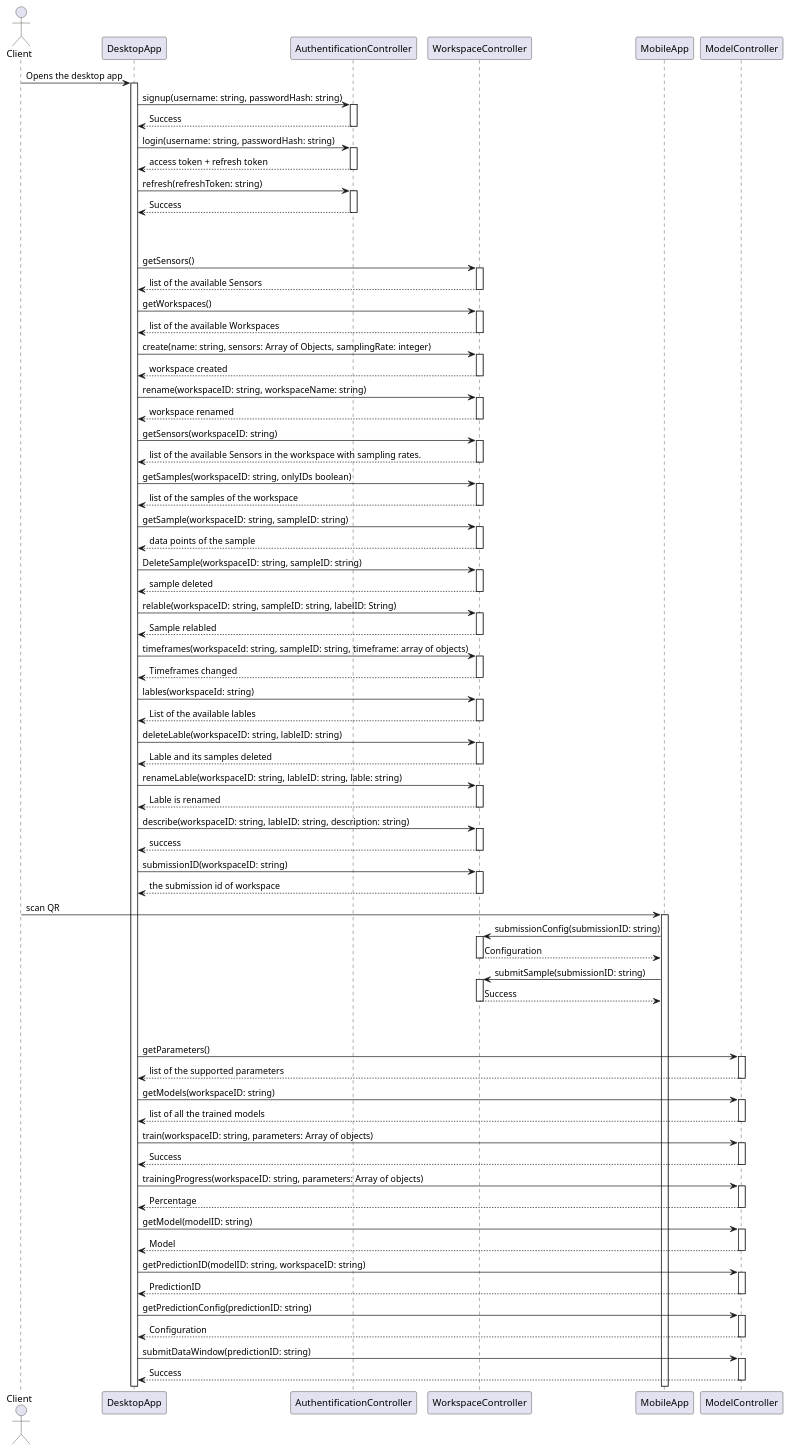
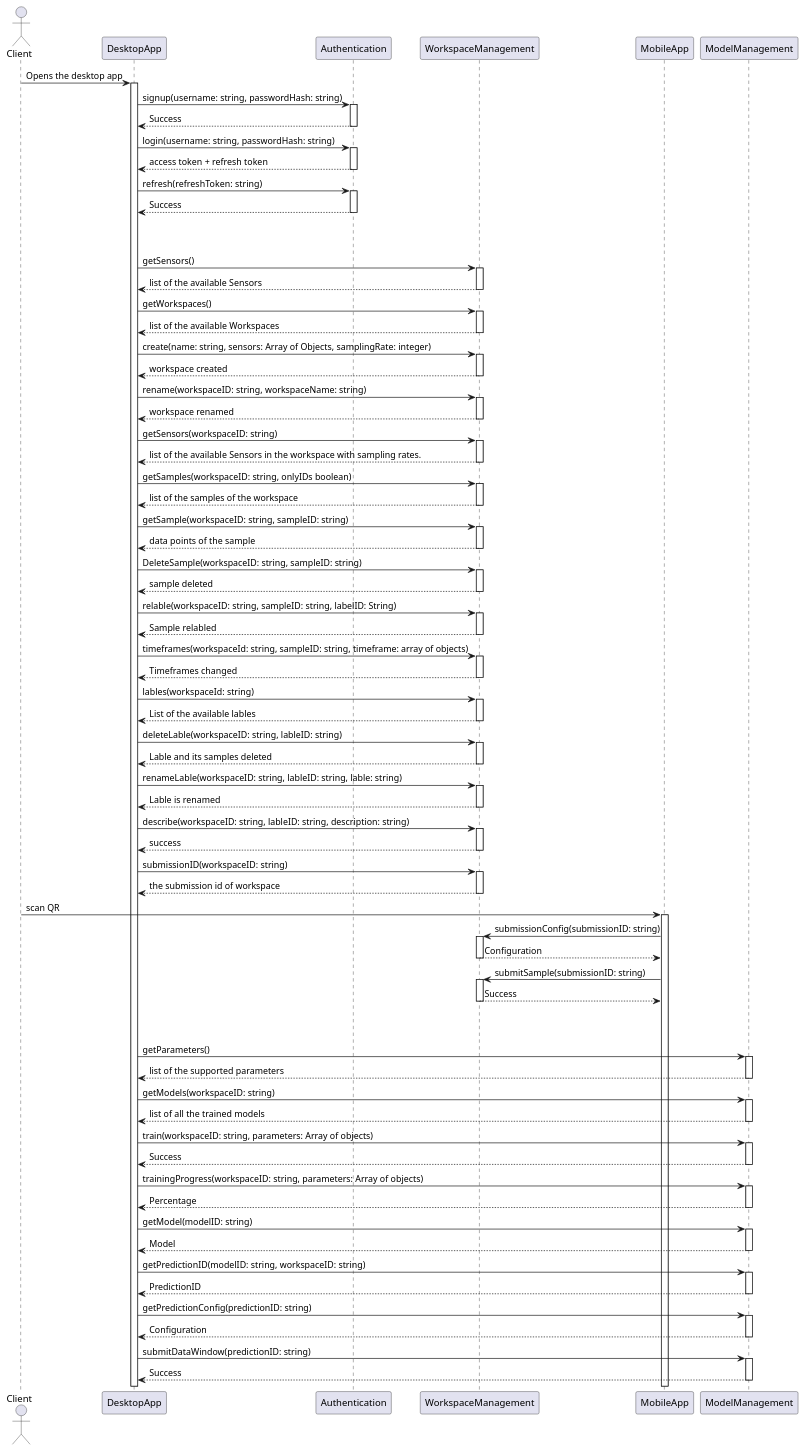
The diagram in Design/general_sequence_diag.pu (PSE-TECO-2020-TEAM1/e2e-ml_docs), drawn with PlantUML before and after one commit. The commit also changed 4 other files, not shown here.

```diff
--- a/Design/general_sequence_diag.pu
+++ b/Design/general_sequence_diag.pu
@@ -1,69 +1,70 @@
-@startuml
+@startuml General Sequence Diagram
+
 actor Client as Client
 Autoactivate on 
 Client -> DesktopApp: Opens the desktop app 
-DesktopApp -> AuthentificationController: signup(username: string, passwordHash: string) 
+DesktopApp -> Authentication: signup(username: string, passwordHash: string) 
 return Success
-DesktopApp -> AuthentificationController: login(username: string, passwordHash: string)
+DesktopApp -> Authentication: login(username: string, passwordHash: string)
 return access token + refresh token
-DesktopApp -> AuthentificationController: refresh(refreshToken: string)
+DesktopApp -> Authentication: refresh(refreshToken: string)
 return Success
 
 |||
 |||
 
-DesktopApp -> WorkspaceController: getSensors()
+DesktopApp -> WorkspaceManagement: getSensors()
 return list of the available Sensors
-DesktopApp -> WorkspaceController: getWorkspaces()
+DesktopApp -> WorkspaceManagement: getWorkspaces()
 return list of the available Workspaces
-DesktopApp -> WorkspaceController: create(name: string, sensors: Array of Objects, samplingRate: integer) 
+DesktopApp -> WorkspaceManagement: create(name: string, sensors: Array of Objects, samplingRate: integer) 
 return workspace created
-DesktopApp -> WorkspaceController: rename(workspaceID: string, workspaceName: string) 
+DesktopApp -> WorkspaceManagement: rename(workspaceID: string, workspaceName: string) 
 return workspace renamed
-DesktopApp -> WorkspaceController: getSensors(workspaceID: string)
+DesktopApp -> WorkspaceManagement: getSensors(workspaceID: string)
 return list of the available Sensors in the workspace with sampling rates.
-DesktopApp -> WorkspaceController: getSamples(workspaceID: string, onlyIDs boolean) 
+DesktopApp -> WorkspaceManagement: getSamples(workspaceID: string, onlyIDs boolean) 
 return list of the samples of the workspace
-DesktopApp -> WorkspaceController: getSample(workspaceID: string, sampleID: string) 
+DesktopApp -> WorkspaceManagement: getSample(workspaceID: string, sampleID: string) 
 return data points of the sample
-DesktopApp -> WorkspaceController: DeleteSample(workspaceID: string, sampleID: string) 
+DesktopApp -> WorkspaceManagement: DeleteSample(workspaceID: string, sampleID: string) 
 return sample deleted
-DesktopApp -> WorkspaceController: relable(workspaceID: string, sampleID: string, labelID: String) 
+DesktopApp -> WorkspaceManagement: relable(workspaceID: string, sampleID: string, labelID: String) 
 return Sample relabled
-DesktopApp -> WorkspaceController: timeframes(workspaceId: string, sampleID: string, timeframe: array of objects) 
+DesktopApp -> WorkspaceManagement: timeframes(workspaceId: string, sampleID: string, timeframe: array of objects) 
 return Timeframes changed
-DesktopApp -> WorkspaceController: lables(workspaceId: string) 
+DesktopApp -> WorkspaceManagement: lables(workspaceId: string) 
 return List of the available lables 
-DesktopApp -> WorkspaceController: deleteLable(workspaceID: string, lableID: string) 
+DesktopApp -> WorkspaceManagement: deleteLable(workspaceID: string, lableID: string) 
 return Lable and its samples deleted  
-DesktopApp -> WorkspaceController: renameLable(workspaceID: string, lableID: string, lable: string) 
+DesktopApp -> WorkspaceManagement: renameLable(workspaceID: string, lableID: string, lable: string) 
 return Lable is renamed      
-DesktopApp -> WorkspaceController: describe(workspaceID: string, lableID: string, description: string) 
+DesktopApp -> WorkspaceManagement: describe(workspaceID: string, lableID: string, description: string) 
 return success
-DesktopApp -> WorkspaceController: submissionID(workspaceID: string) 
+DesktopApp -> WorkspaceManagement: submissionID(workspaceID: string) 
 return the submission id of workspace
 Client -> MobileApp: scan QR 
-MobileApp -> WorkspaceController: submissionConfig(submissionID: string) 
+MobileApp -> WorkspaceManagement: submissionConfig(submissionID: string) 
 return Configuration 
-MobileApp -> WorkspaceController: submitSample(submissionID: string) 
+MobileApp -> WorkspaceManagement: submitSample(submissionID: string) 
 return Success                             
 |||
 |||
 
-DesktopApp -> ModelController: getParameters()
+DesktopApp -> ModelManagement: getParameters()
 return list of the supported parameters
-DesktopApp -> ModelController: getModels(workspaceID: string)
+DesktopApp -> ModelManagement: getModels(workspaceID: string)
 return list of all the trained models
-DesktopApp -> ModelController: train(workspaceID: string, parameters: Array of objects)
+DesktopApp -> ModelManagement: train(workspaceID: string, parameters: Array of objects)
 return Success 
-DesktopApp -> ModelController: trainingProgress(workspaceID: string, parameters: Array of objects)
+DesktopApp -> ModelManagement: trainingProgress(workspaceID: string, parameters: Array of objects)
 return Percentage 
-DesktopApp -> ModelController: getModel(modelID: string)
+DesktopApp -> ModelManagement: getModel(modelID: string)
 return Model
-DesktopApp -> ModelController: getPredictionID(modelID: string, workspaceID: string)
+DesktopApp -> ModelManagement: getPredictionID(modelID: string, workspaceID: string)
 return PredictionID
-DesktopApp -> ModelController: getPredictionConfig(predictionID: string)
+DesktopApp -> ModelManagement: getPredictionConfig(predictionID: string)
 return Configuration
-DesktopApp -> ModelController: submitDataWindow(predictionID: string)
+DesktopApp -> ModelManagement: submitDataWindow(predictionID: string)
 return Success
 @enduml
```
